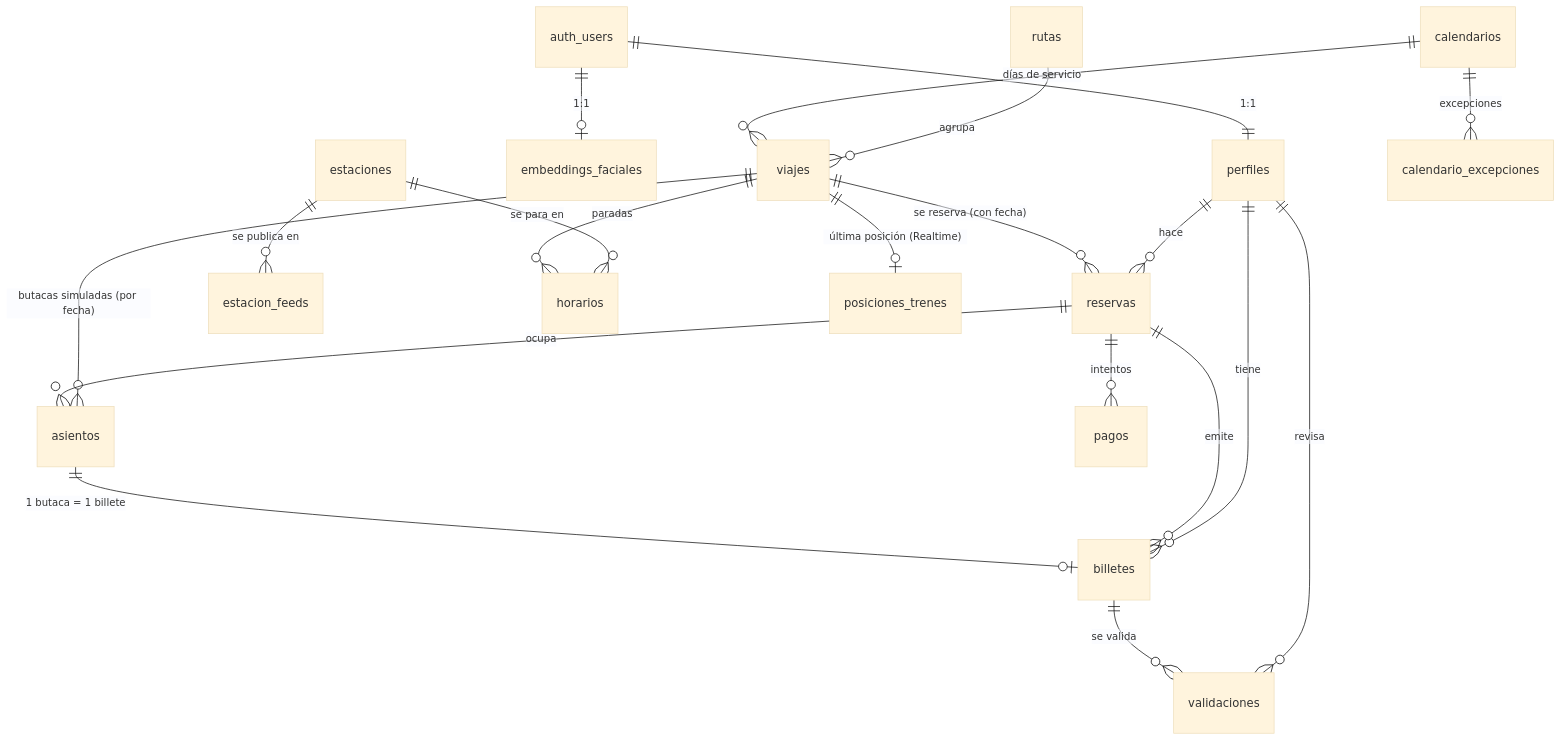
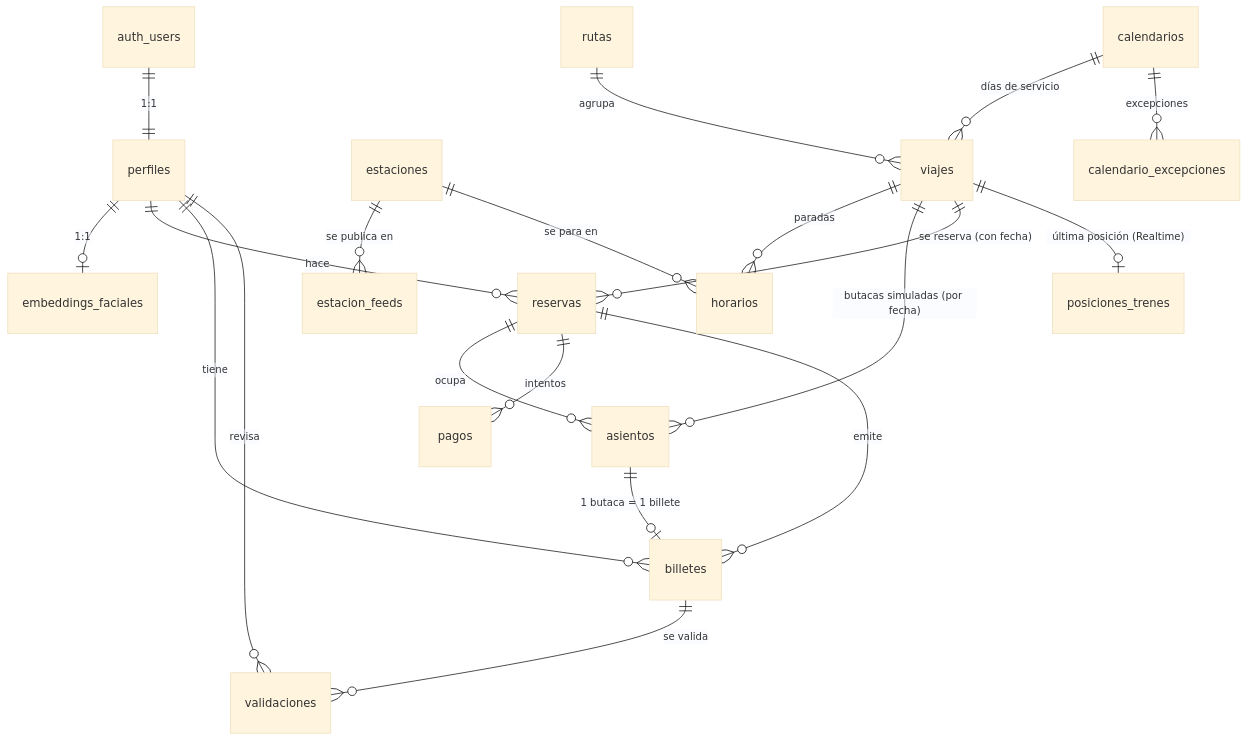
The diagram in obsidian/02-contratos-api/modelo-datos.md (Alex-Oses/renfe-app), drawn with Mermaid (base theme) before and after one commit. The commit also changed other lines of this file and 3 other files, not shown here.

````diff
--- a/obsidian/02-contratos-api/modelo-datos.md
+++ b/obsidian/02-contratos-api/modelo-datos.md
@@ -39,25 +39,25 @@
 ```mermaid
 erDiagram
   auth_users ||--|| perfiles : "1:1"
-  auth_users ||--o| embeddings_faciales : "1:1"
+  perfiles ||--o| embeddings_faciales : "1:1"
   perfiles ||--o{ reservas : "hace"
   perfiles ||--o{ billetes : "tiene"
   perfiles ||--o{ validaciones : "revisa"
 
   estaciones ||--o{ estacion_feeds : "se publica en"
   estaciones ||--o{ horarios : "se para en"
   rutas ||--o{ viajes : "agrupa"
   calendarios ||--o{ viajes : "días de servicio"
   calendarios ||--o{ calendario_excepciones : "excepciones"
   viajes ||--o{ horarios : "paradas"
 
   viajes ||--o{ asientos : "butacas simuladas (por fecha)"
   viajes ||--o{ reservas : "se reserva (con fecha)"
   reservas ||--o{ asientos : "ocupa"
   reservas ||--o{ pagos : "intentos"
   reservas ||--o{ billetes : "emite"
   asientos ||--o| billetes : "1 butaca = 1 billete"
   billetes ||--o{ validaciones : "se valida"
 
   viajes ||--o| posiciones_trenes : "última posición (Realtime)"
 ```
````
